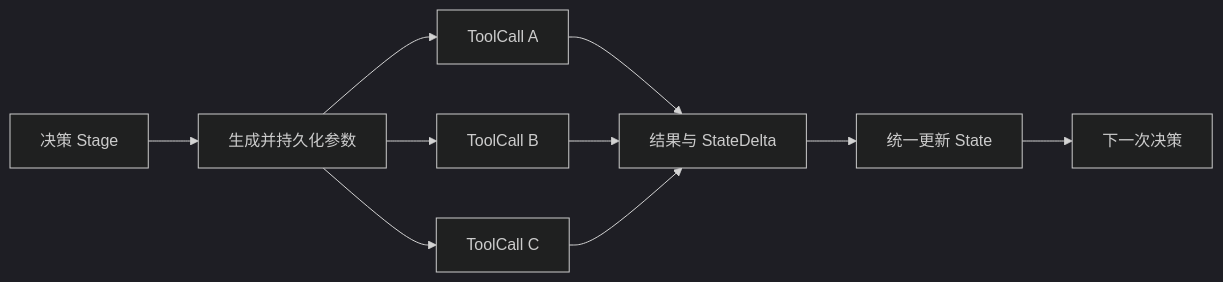
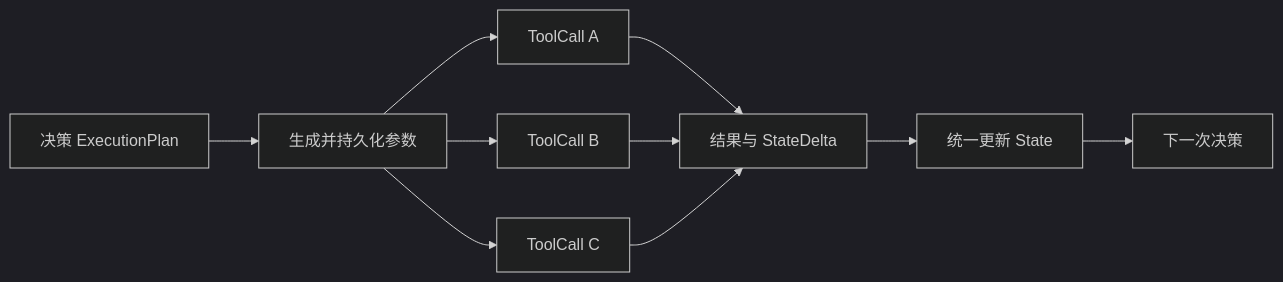
The second of 2 diagrams in README.md (F-86/llm-driven-runtime), drawn with Mermaid (dark theme) before and after one commit. The commit also changed other lines of this file and 38 other files, not shown here.

````diff
--- a/README.md
+++ b/README.md
@@ -37,12 +43,12 @@
 ```mermaid
 flowchart LR
-    Decision[决策 Stage] --> Arguments[生成并持久化参数]
+    Decision[决策 ExecutionPlan] --> Arguments[生成并持久化参数]
     Arguments --> A[ToolCall A]
     Arguments --> B[ToolCall B]
     Arguments --> C[ToolCall C]
     A --> Results[结果与 StateDelta]
     B --> Results
     C --> Results
     Results --> Reducer[统一更新 State]
     Reducer --> Next[下一次决策]
 ```
````
